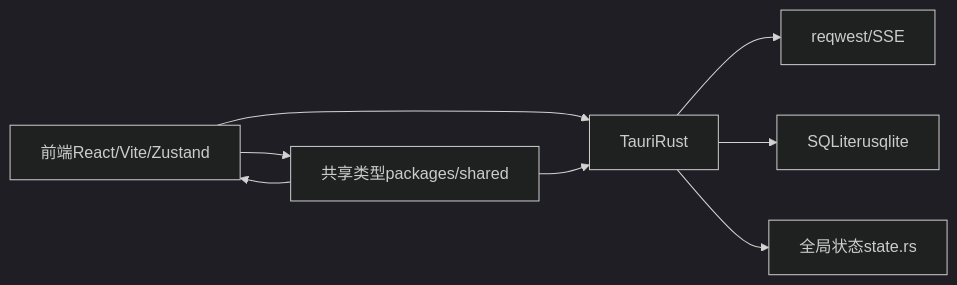
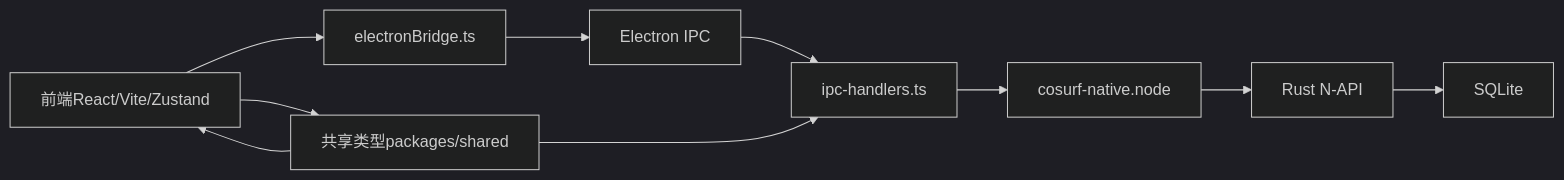
One commit to baike08/cosurf changed the fifth of 6 diagrams in .qoder/repowiki/zh/content/架构设计/架构设计.md. Above: the diagram before and after it, drawn with Mermaid (dark theme). The commit also changed other lines of this file and 15 other files, not shown here.

````diff
--- a/.qoder/repowiki/zh/content/架构设计/架构设计.md
+++ b/.qoder/repowiki/zh/content/架构设计/架构设计.md
@@ -341,10 +287,12 @@
 ```mermaid
 graph LR
-FE["前端React/Vite/Zustand"] --> Tauri["TauriRust"]
-Tauri --> Req["reqwest/SSE"]
-Tauri --> DB["SQLiterusqlite"]
-Tauri --> State["全局状态state.rs"]
+FE["前端React/Vite/Zustand"] --> Bridge["electronBridge.ts"]
+Bridge --> IPC["Electron IPC"]
+IPC --> Handlers["ipc-handlers.ts"]
+Handlers --> Native["cosurf-native.node"]
+Native --> Rust["Rust N-API"]
+Rust --> DB["SQLite"]
 FE --> Shared["共享类型packages/shared"]
 Shared --> FE
-Shared --> Tauri
+Shared --> Handlers
 ```
````
